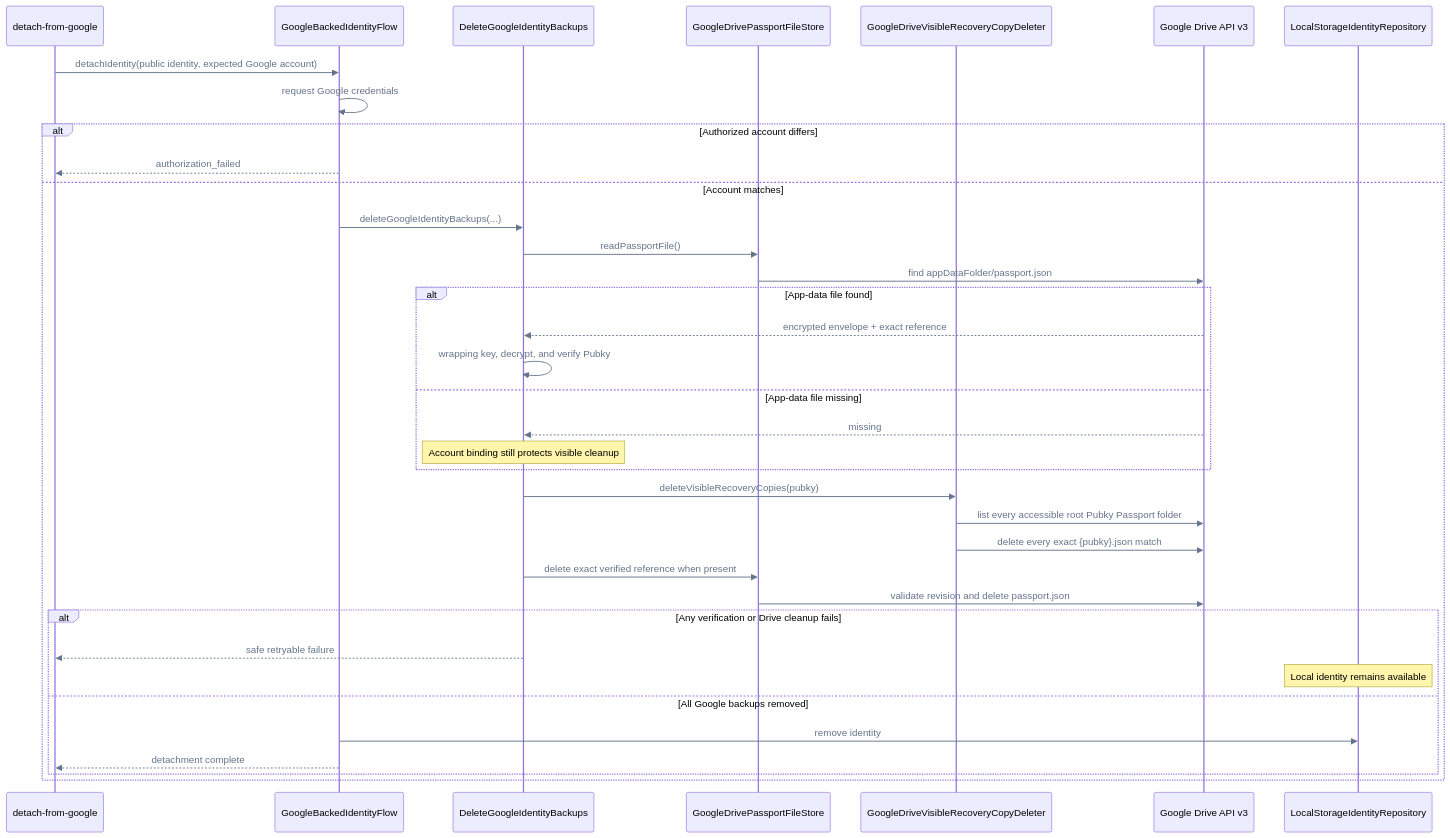
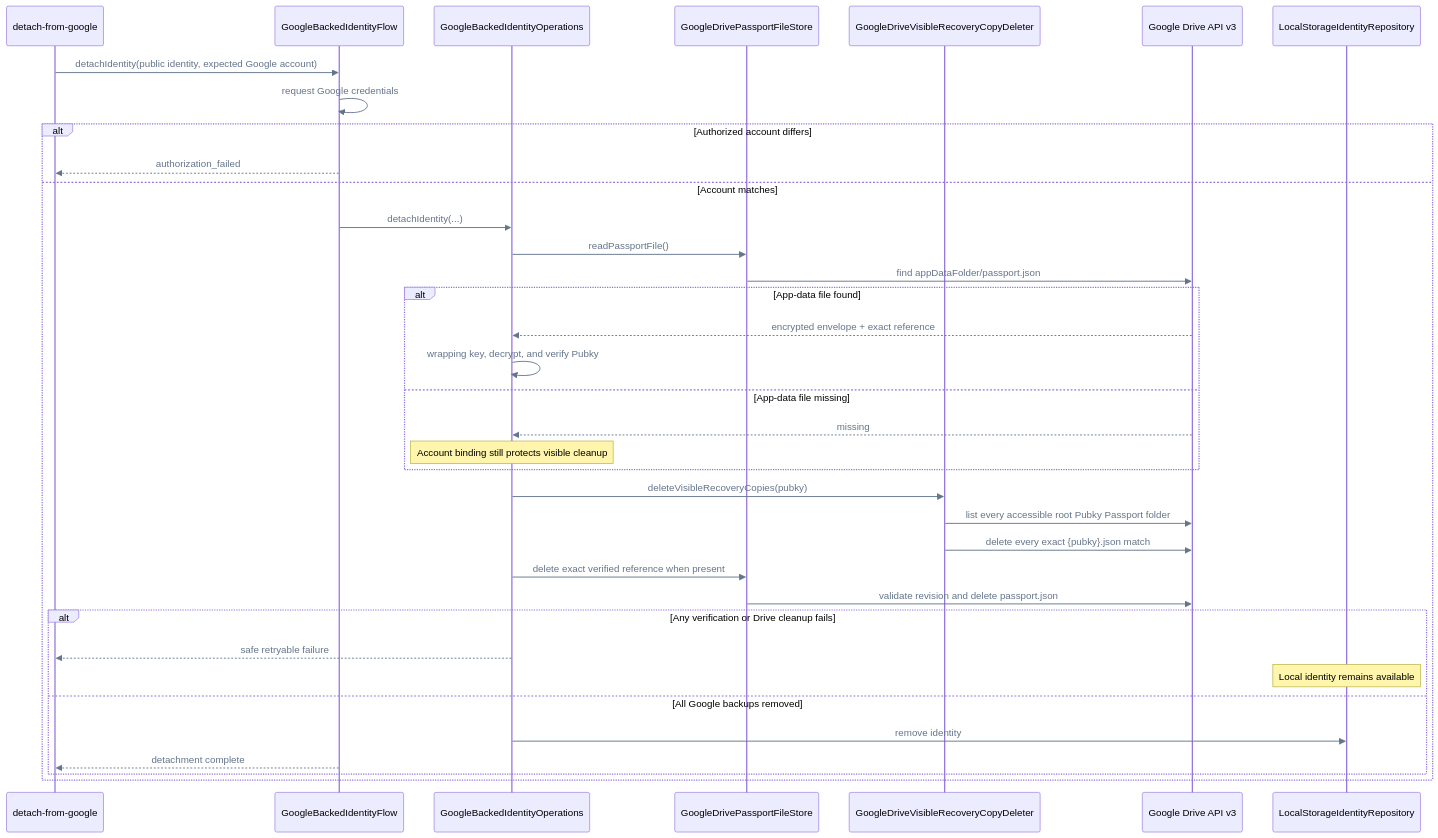
One commit to pubky/pubky-passport changed diagram 12 of 14 in FLOWS.md. Above: the diagram before and after it, drawn with Mermaid. The commit also changed other lines of this file and 49 other files, not shown here.

Commit message:
refactor: simplify google backed identity flow and operations

````diff
--- a/FLOWS.md
+++ b/FLOWS.md
@@ -634,42 +624,42 @@
 ```mermaid
 %%{init: {"themeVariables": {"signalColor": "#64748B", "signalTextColor": "#64748B"}}}%%
 sequenceDiagram
     accTitle: Detach a Pubky identity from Google
     accDescr: Passport verifies the account and identity, deletes every Google backup, and clears the local identity last.
     participant UI as detach-from-google
     participant GoogleFlow as GoogleBackedIdentityFlow
-    participant Delete as DeleteGoogleIdentityBackups
+    participant Operations as GoogleBackedIdentityOperations
     participant AppData as GoogleDrivePassportFileStore
     participant Visible as GoogleDriveVisibleRecoveryCopyDeleter
     participant Drive as Google Drive API v3
     participant Local as LocalStorageIdentityRepository
 
     UI->>GoogleFlow: detachIdentity(public identity, expected Google account)
     GoogleFlow->>GoogleFlow: request Google credentials
     alt Authorized account differs
         GoogleFlow-->>UI: authorization_failed
     else Account matches
-        GoogleFlow->>Delete: deleteGoogleIdentityBackups(...)
-        Delete->>AppData: readPassportFile()
+        GoogleFlow->>Operations: detachIdentity(...)
+        Operations->>AppData: readPassportFile()
         AppData->>Drive: find appDataFolder/passport.json
         alt App-data file found
-            Drive-->>Delete: encrypted envelope + exact reference
-            Delete->>Delete: wrapping key, decrypt, and verify Pubky
+            Drive-->>Operations: encrypted envelope + exact reference
+            Operations->>Operations: wrapping key, decrypt, and verify Pubky
         else App-data file missing
-            Drive-->>Delete: missing
-            Note over Delete: Account binding still protects visible cleanup
+            Drive-->>Operations: missing
+            Note over Operations: Account binding still protects visible cleanup
         end
-        Delete->>Visible: deleteVisibleRecoveryCopies(pubky)
+        Operations->>Visible: deleteVisibleRecoveryCopies(pubky)
         Visible->>Drive: list every accessible root Pubky Passport folder
         Visible->>Drive: delete every exact {pubky}.json match
-        Delete->>AppData: delete exact verified reference when present
+        Operations->>AppData: delete exact verified reference when present
         AppData->>Drive: validate revision and delete passport.json
         alt Any verification or Drive cleanup fails
-            Delete-->>UI: safe retryable failure
+            Operations-->>UI: safe retryable failure
             Note over Local: Local identity remains available
         else All Google backups removed
-            GoogleFlow->>Local: remove identity
+            Operations->>Local: remove identity
             GoogleFlow-->>UI: detachment complete
         end
     end
 ```
````
